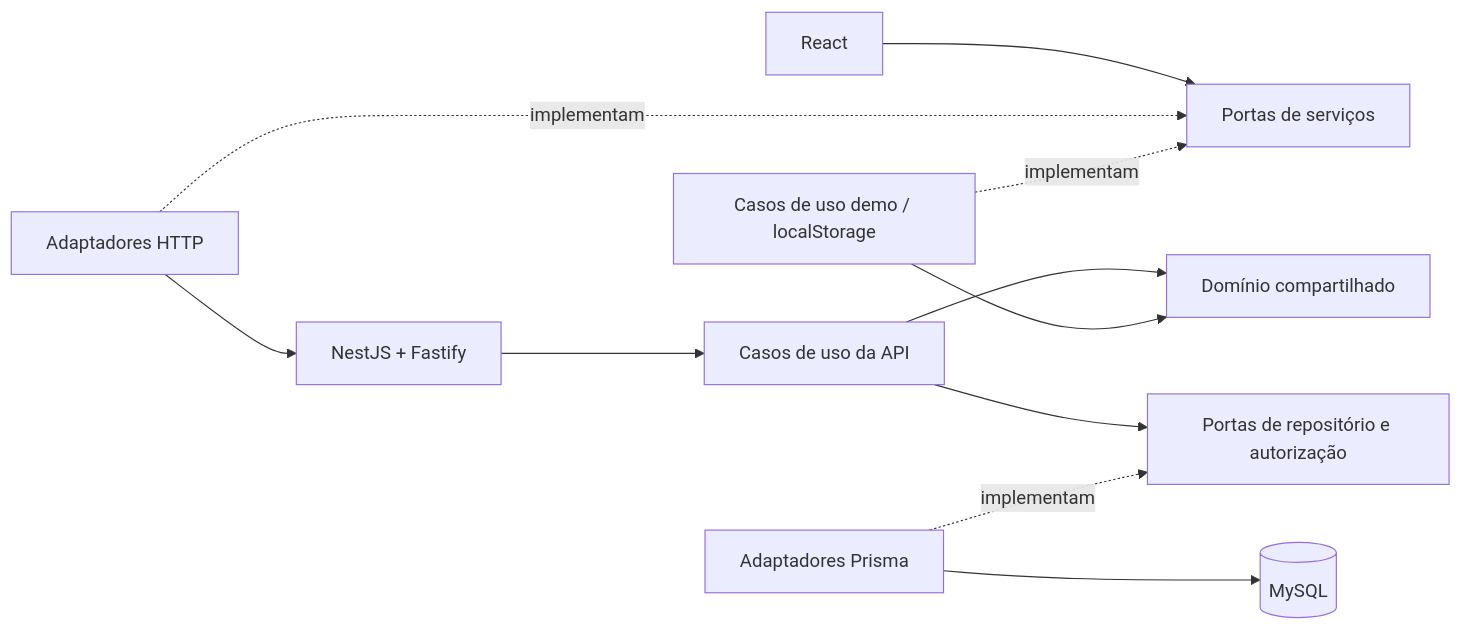
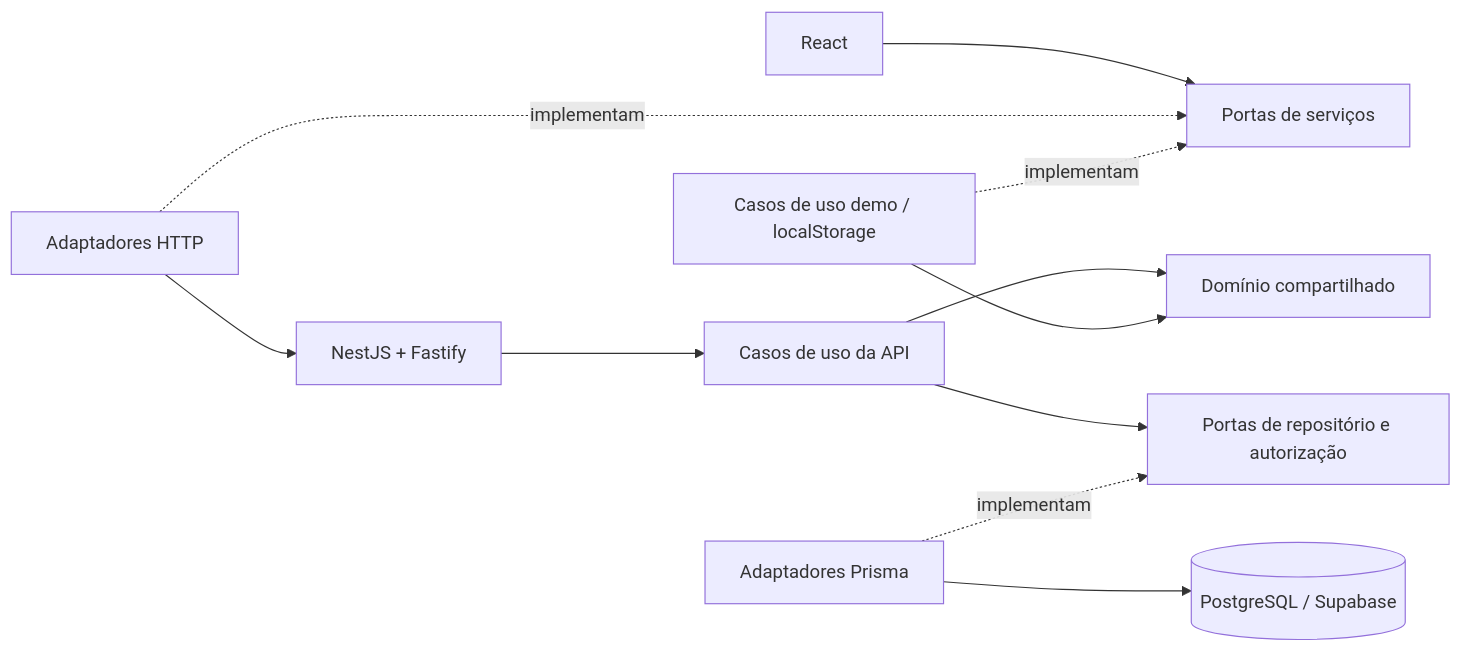
The diagram in docs/architecture.md (DevGueds/saas-cardapio), drawn with Mermaid before and after one commit. The commit also changed other lines of this file and 41 other files, not shown here.

First line of the commit message:
feat(database): migra persistencia de MySQL para PostgreSQL (Supabase) com Prisma 7

````diff
--- a/docs/architecture.md
+++ b/docs/architecture.md
@@ -5,13 +5,13 @@
 ```mermaid
 flowchart LR
   UI[React] --> CLIENT[Portas de serviços]
   HTTP[Adaptadores HTTP] -. implementam .-> CLIENT
   DEMO[Casos de uso demo / localStorage] -. implementam .-> CLIENT
   HTTP --> CONTROLLERS[NestJS + Fastify]
   CONTROLLERS --> USE[Casos de uso da API]
   USE --> CORE[Domínio compartilhado]
   DEMO --> CORE
   USE --> PORTS[Portas de repositório e autorização]
   PRISMA[Adaptadores Prisma] -. implementam .-> PORTS
-  PRISMA --> MYSQL[(MySQL)]
+  PRISMA --> POSTGRES[(PostgreSQL / Supabase)]
 ```
````
